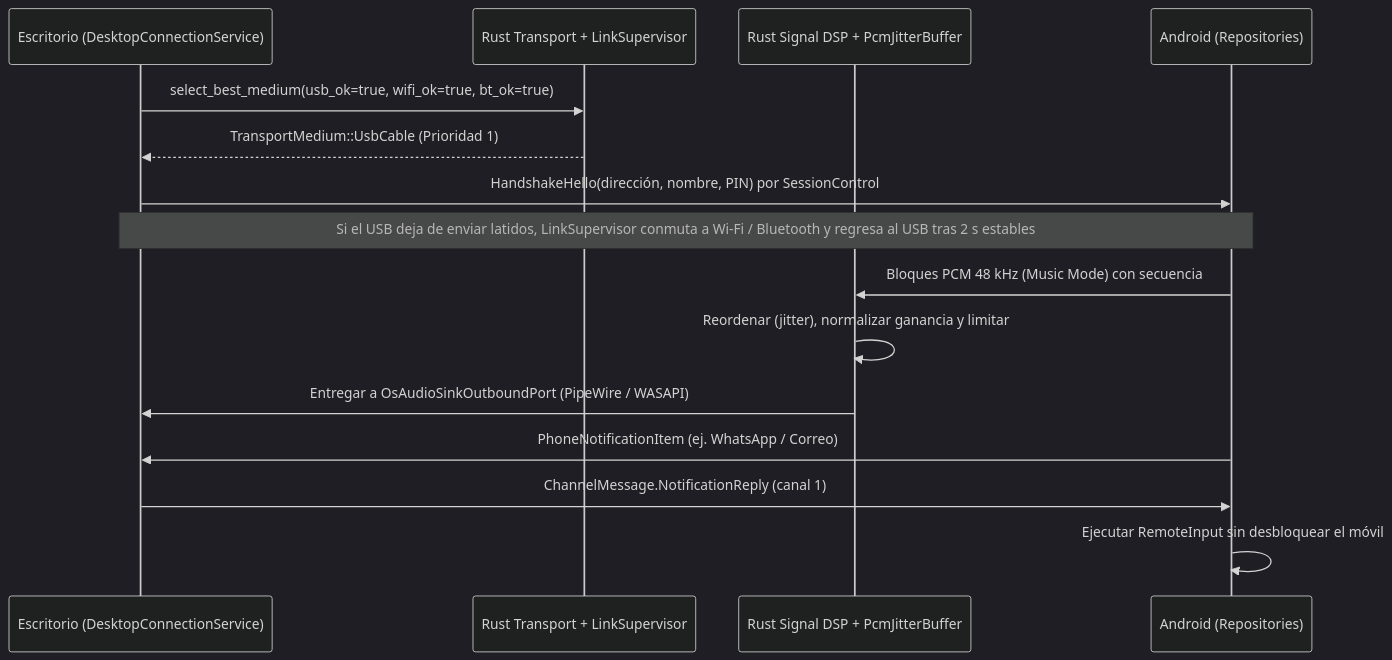
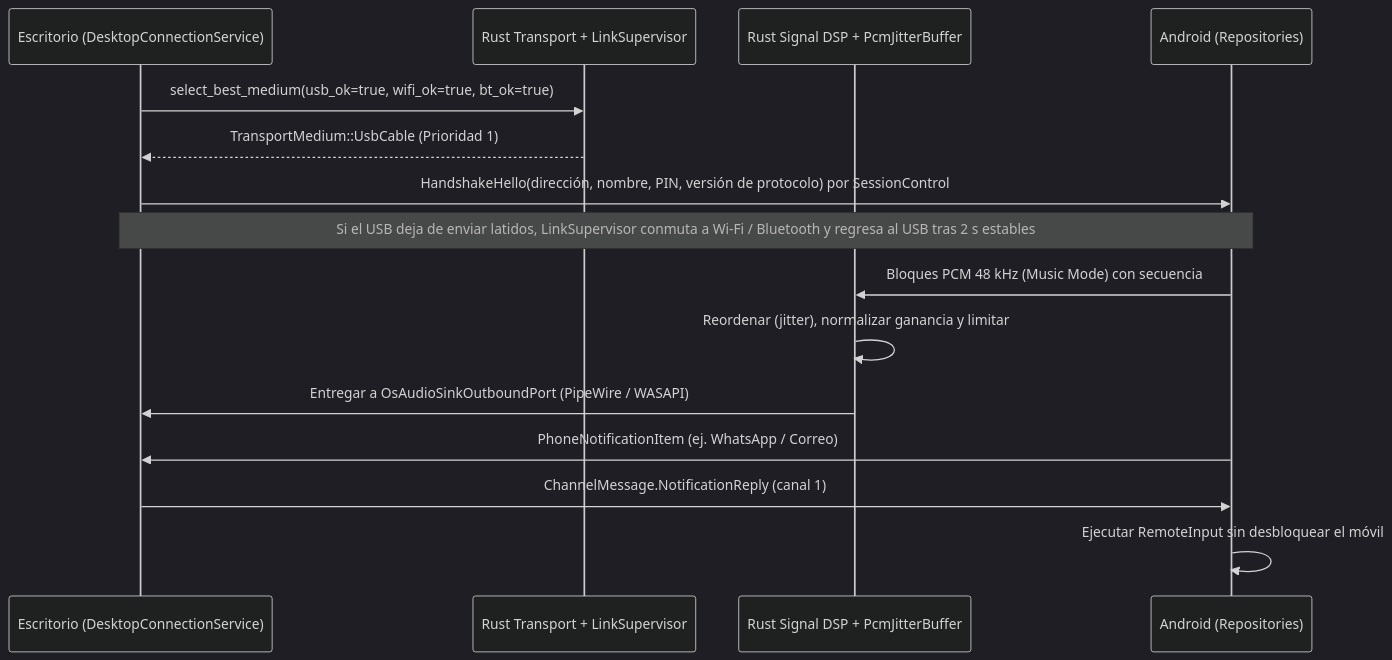
Before and after one commit to Vidruck/UPIICSA-Connect: the second of 2 diagrams in docs/ARQUITECTURA_Y_CAPAS.md, drawn with Mermaid (dark theme). The commit also changed other lines of this file and 10 other files, not shown here.

First line of the commit message:
feat(protocolo): incluir la versión de protocolo en el saludo y cerrar el enlace si no coincide

````diff
--- a/docs/ARQUITECTURA_Y_CAPAS.md
+++ b/docs/ARQUITECTURA_Y_CAPAS.md
@@ -150,20 +150,20 @@
 ```mermaid
 sequenceDiagram
     participant PC as Escritorio (DesktopConnectionService)
     participant TR as Rust Transport + LinkSupervisor
     participant DSP as Rust Signal DSP + PcmJitterBuffer
     participant Phone as Android (Repositories)
 
     PC->>TR: select_best_medium(usb_ok=true, wifi_ok=true, bt_ok=true)
     TR-->>PC: TransportMedium::UsbCable (Prioridad 1)
-    PC->>Phone: HandshakeHello(dirección, nombre, PIN) por SessionControl
+    PC->>Phone: HandshakeHello(dirección, nombre, PIN, versión de protocolo) por SessionControl
     Note over Phone,PC: Si el USB deja de enviar latidos, LinkSupervisor conmuta a Wi-Fi / Bluetooth y regresa al USB tras 2 s estables
 
     Phone->>DSP: Bloques PCM 48 kHz (Music Mode) con secuencia
     DSP->>DSP: Reordenar (jitter), normalizar ganancia y limitar
     DSP->>PC: Entregar a OsAudioSinkOutboundPort (PipeWire / WASAPI)
 
     Phone->>PC: PhoneNotificationItem (ej. WhatsApp / Correo)
     PC->>Phone: ChannelMessage.NotificationReply (canal 1)
     Phone->>Phone: Ejecutar RemoteInput sin desbloquear el móvil
 ```
````
